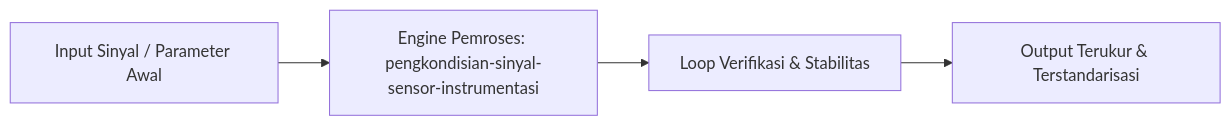
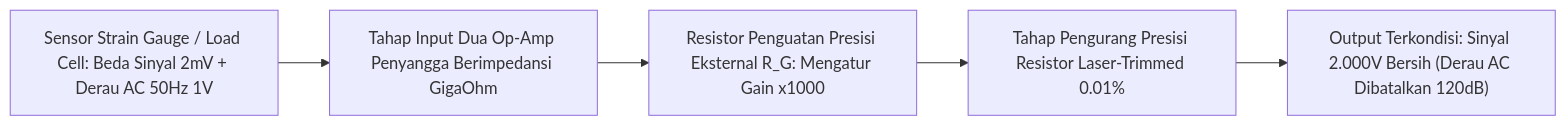
Before and after one commit to Rizki2204/ultimate-learning-paths: the diagram in curriculum/03-rangkaian-mikroelektronika/045-pengkondisian-sinyal-sensor-instrumentasi.md, drawn with Mermaid. The commit also changed other lines of this file and 271 other files, not shown here.

````diff
--- a/curriculum/03-rangkaian-mikroelektronika/045-pengkondisian-sinyal-sensor-instrumentasi.md
+++ b/curriculum/03-rangkaian-mikroelektronika/045-pengkondisian-sinyal-sensor-instrumentasi.md
@@ -17,6 +46,7 @@
 ```mermaid
 graph LR
-    Input["Input Sinyal / Parameter Awal"] --> Engine["Engine Pemroses: pengkondisian-sinyal-sensor-instrumentasi"]
-    Engine --> Feedback["Loop Verifikasi & Stabilitas"]
-    Feedback --> Output["Output Terukur & Terstandarisasi"]
+    Sensor["Sensor Strain Gauge / Load Cell: Beda Sinyal 2mV + Derau AC 50Hz 1V"] --> InAmpInput["Tahap Input Dua Op-Amp Penyangga Berimpedansi GigaOhm"]
+    InAmpInput --> GainResistor["Resistor Penguatan Presisi Eksternal R_G: Mengatur Gain x1000"]
+    GainResistor --> DiffStage["Tahap Pengurang Presisi Resistor Laser-Trimmed 0.01%"]
+    DiffStage --> CleanOutput["Output Terkondisi: Sinyal 2.000V Bersih (Derau AC Dibatalkan 120dB)"]
 ```
````
